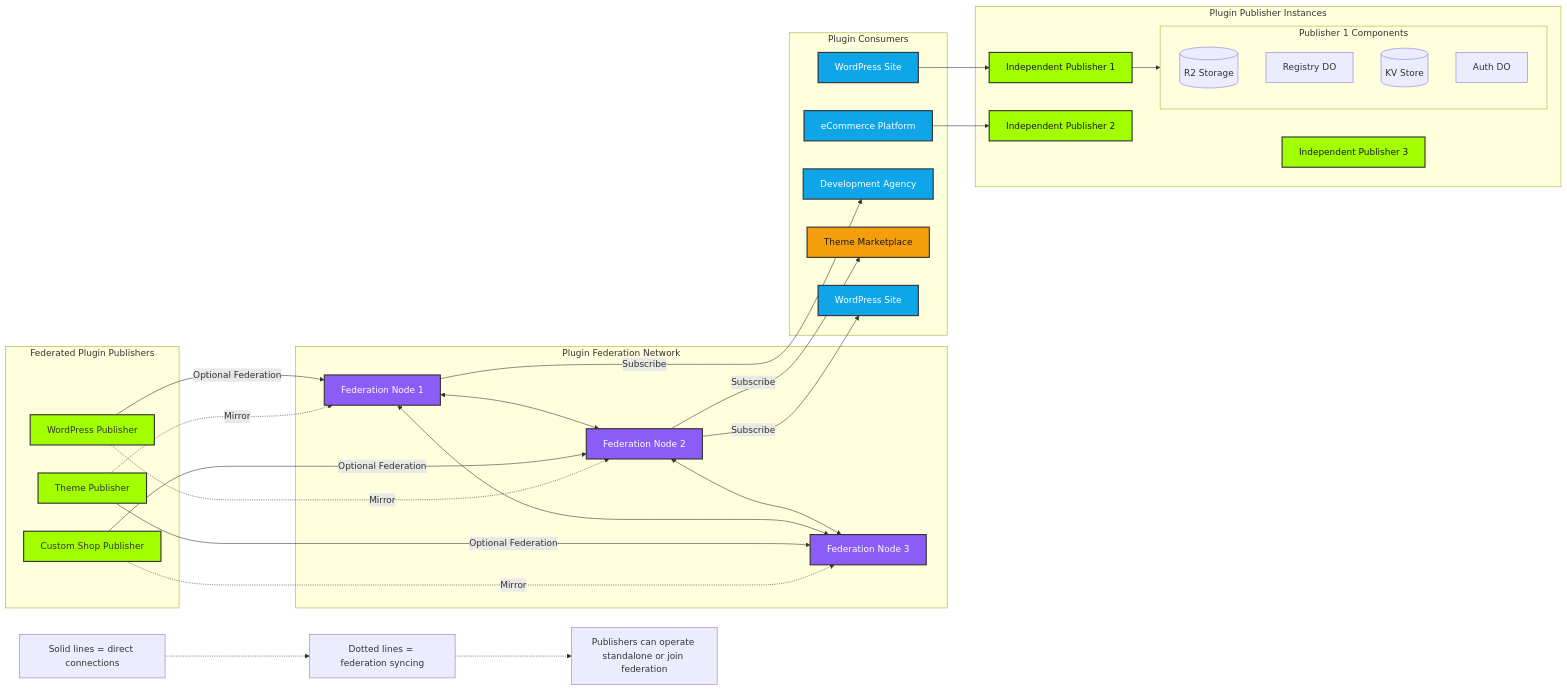
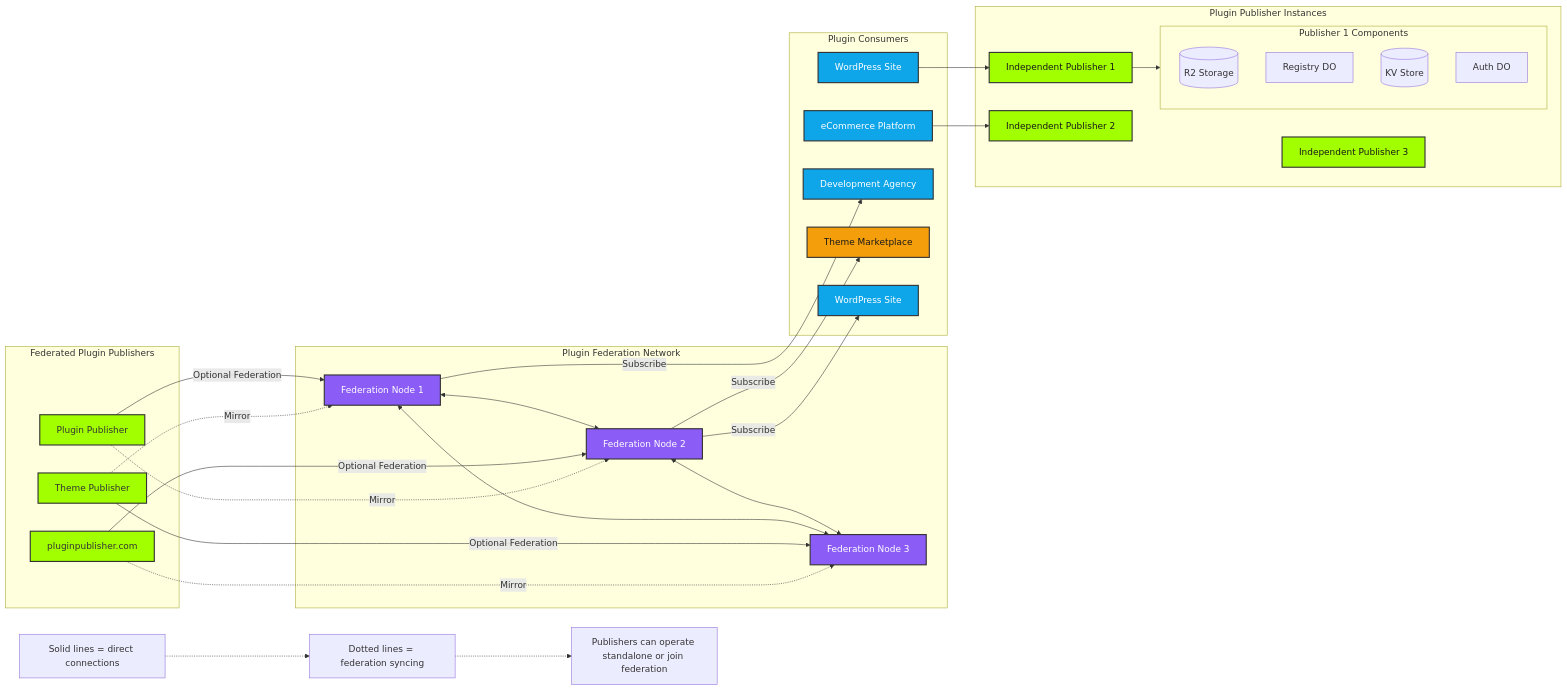
The first of 4 diagrams in README.md (xpportal/Plugin-Federation-Network), drawn with Mermaid before and after one commit.

Commit message:
one last graph tweak

````diff
--- a/README.md
+++ b/README.md
@@ -7,72 +7,72 @@
 ```mermaid
 graph LR
     classDef federation fill:#8b5cf6,color:white,stroke:#333,stroke-width:2px
     classDef publisher fill:#a2ff00,color:#black,stroke:#333,stroke-width:2px
     classDef consumer fill:#0ea5e9,color:white,stroke:#333,stroke-width:2px
     classDef marketplace fill:#f59e0b,color:#191919,stroke:#333,stroke-width:2px
     classDef standalone fill:#a2ff00,color:#191919,stroke:#333,stroke-width:2px
 
     subgraph Federation["Plugin Federation Network"]
         FN1[Federation Node 1]:::federation
         FN2[Federation Node 2]:::federation
         FN3[Federation Node 3]:::federation
         
         FN1 <--> FN2
         FN2 <--> FN3
         FN1 <--> FN3
     end
 
     subgraph Federated["Federated Plugin Publishers"]
-        PP1[WordPress Publisher]:::publisher
-        PP2[Custom Shop Publisher]:::publisher
+        PP1[Plugin Publisher]:::publisher
+        PP2[pluginpublisher.com]:::publisher
         PP3[Theme Publisher]:::publisher
     end
 
     subgraph Standalone["Plugin Publisher Instances"]
         SP1[Independent Publisher 1]:::standalone
         SP2[Independent Publisher 2]:::standalone
         SP3[Independent Publisher 3]:::standalone
 
         subgraph SP1_Components["Publisher 1 Components"]
             SP1_R2[(R2 Storage)]
             SP1_DO[Registry DO]
             SP1_KV[(KV Store)]
             SP1_AUTH[Auth DO]
         end
     end
 
     subgraph Consumers["Plugin Consumers"]
         C1[WordPress Site]:::consumer
         C2[eCommerce Platform]:::consumer
         C3[Development Agency]:::consumer
         C4[Theme Marketplace]:::marketplace
 		C5[WordPress Site]:::consumer
     end
 
     %% Standalone connections
     SP1 --> SP1_Components
     C1 --> SP1
     C2 --> SP2
     
     %% Federation connections
     PP1 -->|"Optional Federation"| FN1
     PP2 -->|"Optional Federation"| FN2
     PP3 -->|"Optional Federation"| FN3
     
     %% Federation consumer connections
     FN1 -->|"Subscribe"| C3
     FN2 -->|"Subscribe"| C4
     FN2 -->|"Subscribe"| C5
     
     %% Cross-node syncing
     PP1 -.->|"Mirror"| FN2
     PP2 -.->|"Mirror"| FN3
     PP3 -.->|"Mirror"| FN1
 
     %% Add explanatory notes
     note1[Solid lines = direct connections]
     note2[Dotted lines = federation syncing]
     note3[Publishers can operate standalone or join federation]
     note1 -.-> note2
     note2 -.-> note3
 ```
````
